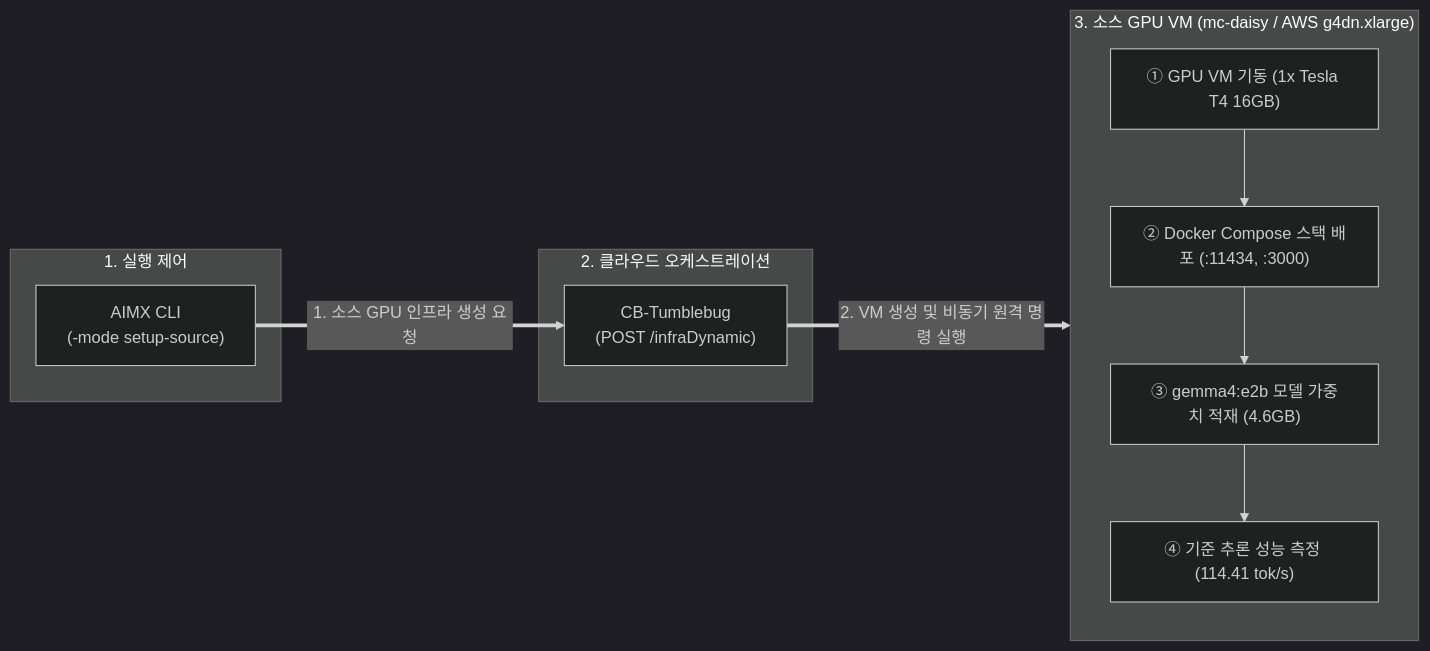
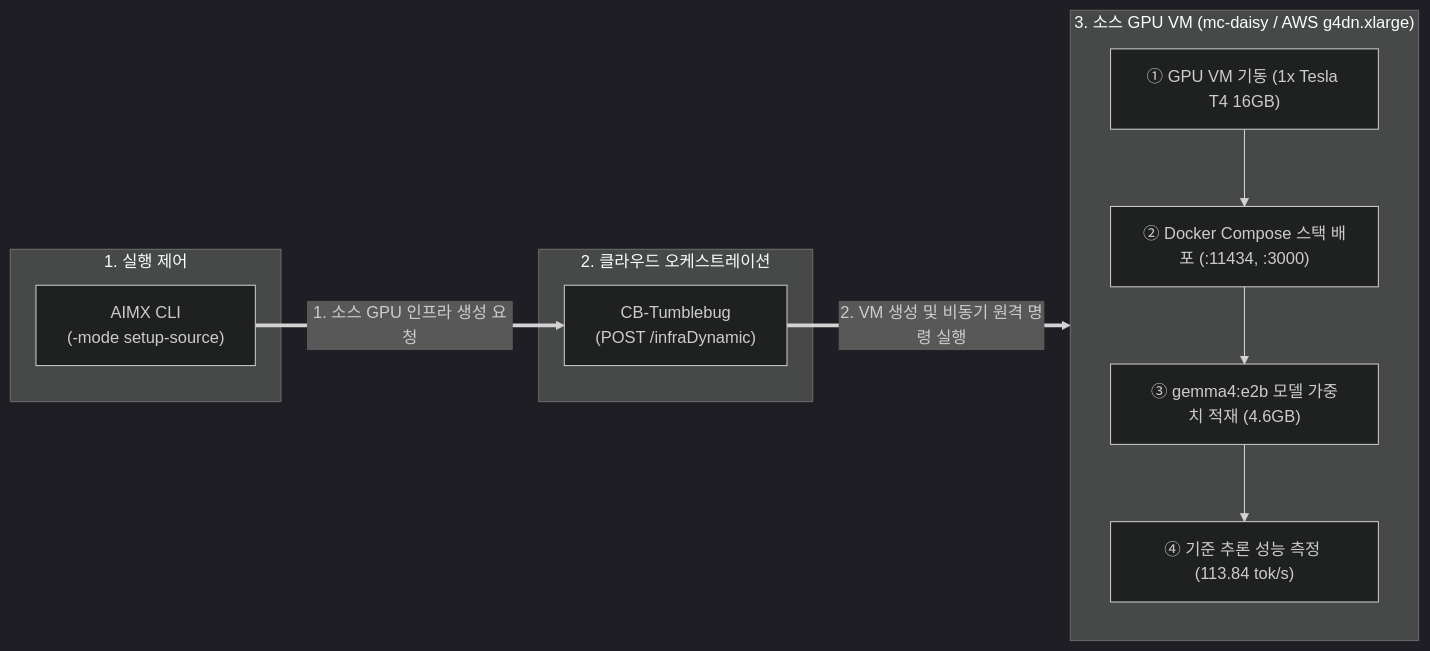
One commit to cloud-barista/cm-beetle changed the second of 9 diagrams in docs/poc/ai-service-migration-design.md. Above: the diagram before and after it, drawn with Mermaid (dark theme). The commit also changed other lines of this file and 1 other file, not shown here.

````diff
--- a/docs/poc/ai-service-migration-design.md
+++ b/docs/poc/ai-service-migration-design.md
@@ -57,22 +90,22 @@
 ```mermaid
 flowchart LR
     subgraph CLI["1. 실행 제어"]
         A["AIMX CLI\n(-mode setup-source)"]
     end
 
     subgraph TB["2. 클라우드 오케스트레이션"]
         B["CB-Tumblebug\n(POST /infraDynamic)"]
     end
 
     subgraph SrcVM["3. 소스 GPU VM (mc-daisy / AWS g4dn.xlarge)"]
         direction TB
         C1["① GPU VM 기동 (1x Tesla T4 16GB)"]
         C2["② Docker Compose 스택 배포 (:11434, :3000)"]
         C3["③ gemma4:e2b 모델 가중치 적재 (4.6GB)"]
-        C4["④ 기준 추론 성능 측정 (114.41 tok/s)"]
+        C4["④ 기준 추론 성능 측정 (113.84 tok/s)"]
         C1 --> C2 --> C3 --> C4
     end
 
     A ==>|"1. 소스 GPU 인프라 생성 요청"| B
     B ==>|"2. VM 생성 및 비동기 원격 명령 실행"| SrcVM
 ```
````
